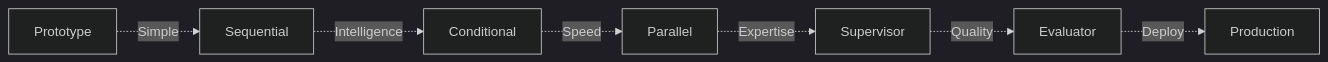
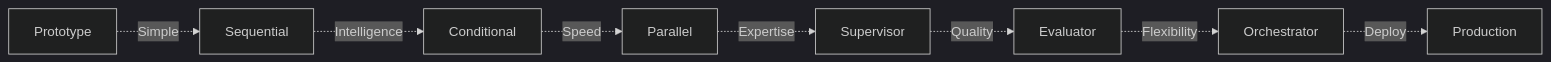
Before and after one commit to rulala/fac-ws_ai_multi-agent: the first of 11 diagrams in PATTERNS.md, drawn with Mermaid (dark theme). The commit also changed other lines of this file, not shown here.

Commit message:
docs: update PATTERNS.md with orchestrator-worker

````diff
--- a/PATTERNS.md
+++ b/PATTERNS.md
@@ -5,9 +5,10 @@
 ```mermaid
 graph LR
     Start[Prototype] -.->|Simple| A[Sequential]
     A -.->|Intelligence| B[Conditional]
     B -.->|Speed| C[Parallel]
     C -.->|Expertise| D[Supervisor]
     D -.->|Quality| E[Evaluator]
-    E -.->|Deploy| F[Production]
+    E -.->|Flexibility| F[Orchestrator]
+    F -.->|Deploy| G[Production]
 ```
````
